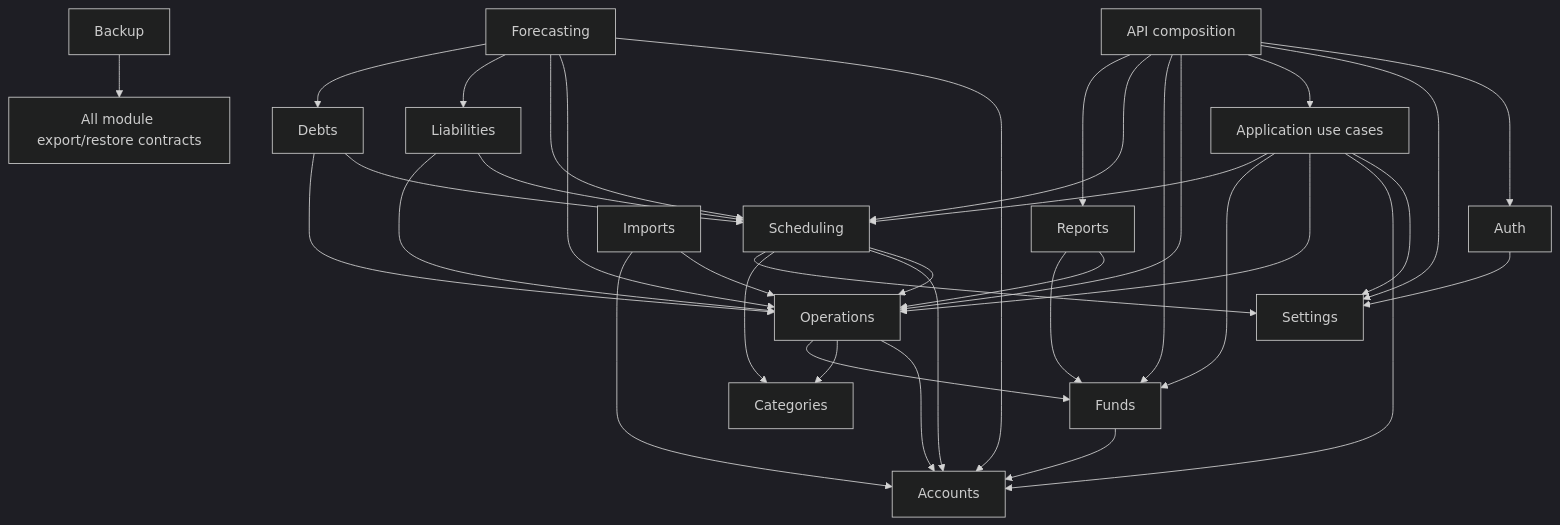
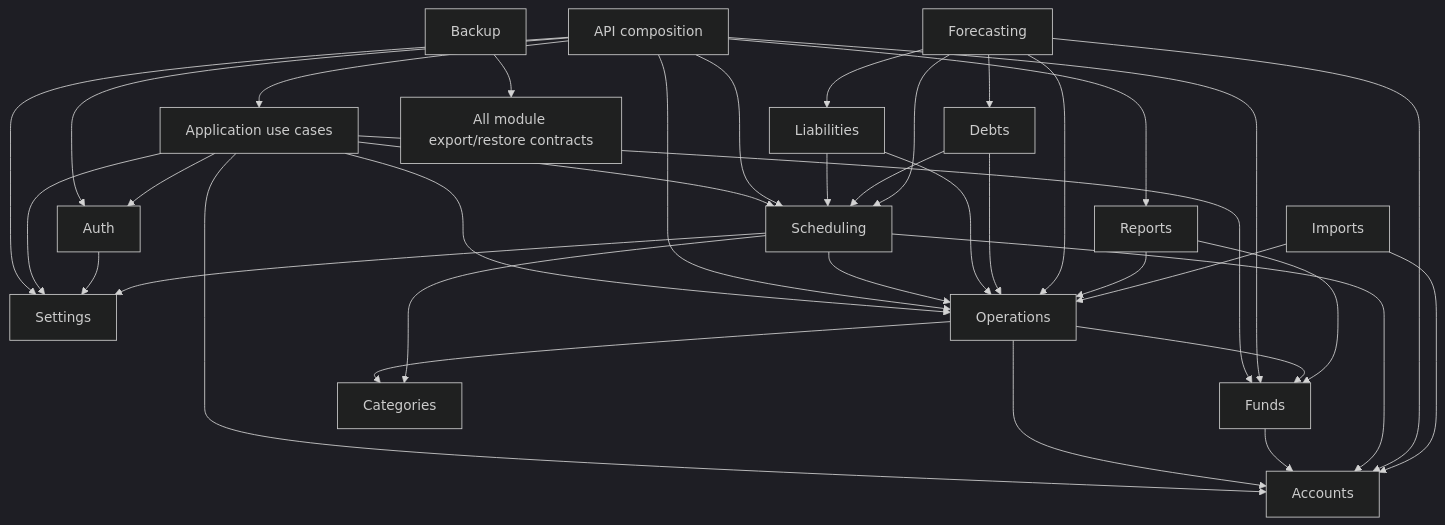
The diagram in docs/architecture/module-boundaries.md (Gollardo/hermes), drawn with Mermaid (dark theme) before and after one commit. The commit also changed other lines of this file and 47 other files, not shown here.

````diff
--- a/docs/architecture/module-boundaries.md
+++ b/docs/architecture/module-boundaries.md
@@ -31,38 +31,39 @@
 ```mermaid
 flowchart TB
     API["API composition"] --> Auth
     API --> Settings
     API --> Application["Application use cases"]
+    Application --> Auth
     Application --> Settings
     Application --> Accounts
     Application --> Operations
     Application --> Funds
     Application --> Scheduling
     Auth --> Settings
     API --> Operations
     API --> Funds
     API --> Scheduling
     API --> Reports
     Operations --> Accounts
     Operations --> Categories
     Operations --> Funds
     Funds --> Accounts
     Scheduling --> Operations
     Scheduling --> Accounts
     Scheduling --> Categories
     Scheduling --> Settings
     Liabilities --> Scheduling
     Liabilities --> Operations
     Debts --> Scheduling
     Debts --> Operations
     Forecasting --> Accounts
     Forecasting --> Operations
     Forecasting --> Scheduling
     Forecasting --> Liabilities
     Forecasting --> Debts
     Reports --> Operations
     Reports --> Funds
     Imports --> Operations
     Imports --> Accounts
     Backup --> Modules["All module export/restore contracts"]
 ```
````
